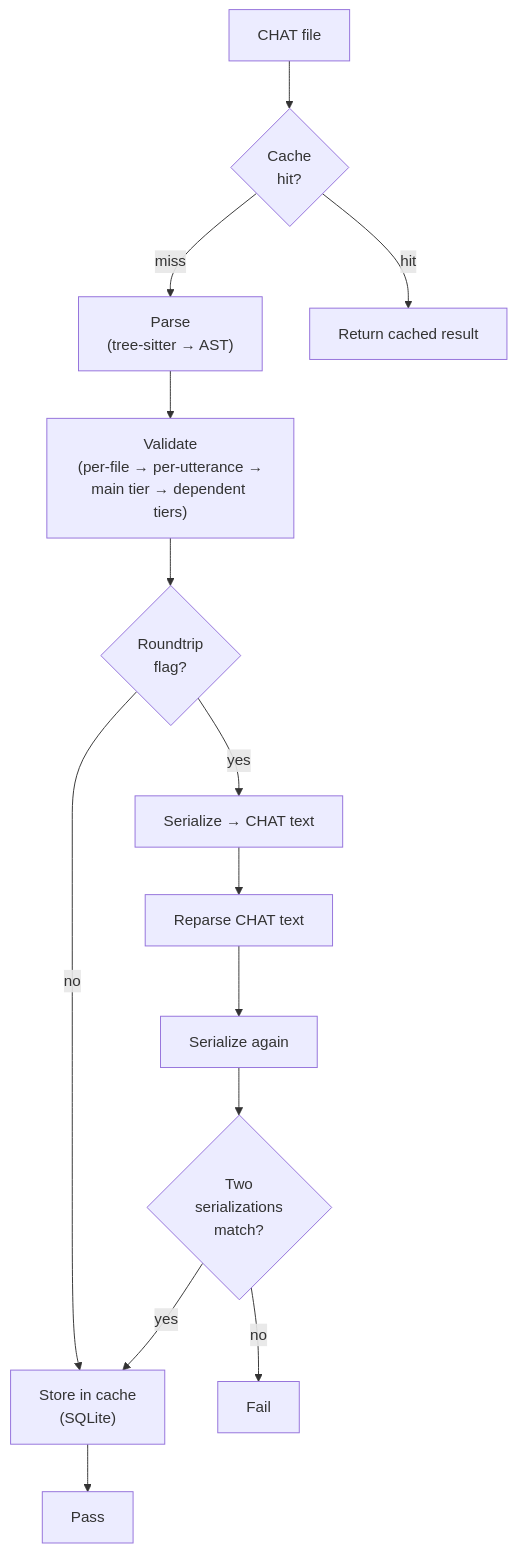
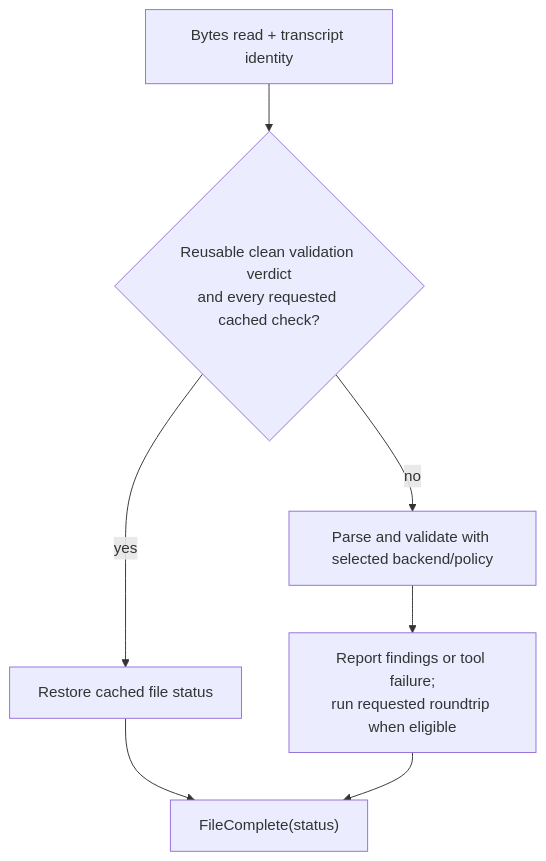
Before and after one commit to TalkBank/chatter: the third of 6 diagrams in book/src/architecture/transform-pipeline.md, drawn with Mermaid. The commit also changed other lines of this file and 950 other files, not shown here.

````diff
--- a/book/src/architecture/transform-pipeline.md
+++ b/book/src/architecture/transform-pipeline.md
@@ -448,24 +491,9 @@
 ```mermaid
 flowchart TD
-    file["CHAT file"]
-    cache{"Cache\nhit?"}
-    parse["Parse\n(tree-sitter → AST)"]
-    validate["Validate\n(per-file → per-utterance →\nmain tier → dependent tiers)"]
-    rt{"Roundtrip\nflag?"}
-    ser1["Serialize → CHAT text"]
-    reparse["Reparse CHAT text"]
-    ser2["Serialize again"]
-    cmp{"Two\nserializations\nmatch?"}
-    store["Store in cache\n(SQLite)"]
-    pass["Pass"]
-    fail["Fail"]
-    cached["Return cached result"]
-
-    file --> cache
-    cache -->|miss| parse --> validate --> rt
-    cache -->|hit| cached
-    rt -->|yes| ser1 --> reparse --> ser2 --> cmp
-    rt -->|no| store --> pass
-    cmp -->|yes| store
-    cmp -->|no| fail
+    file["Bytes read + transcript identity"] --> cache{"Reusable clean validation verdict\nand every requested cached check?"}
+    cache -->|yes| cached["Restore cached file status"]
+    cache -->|no| process["Parse and validate with selected backend/policy"]
+    process --> finish["Report findings or tool failure;\nrun requested roundtrip when eligible"]
+    cached --> event["FileComplete(status)"]
+    finish --> event
 ```
````
